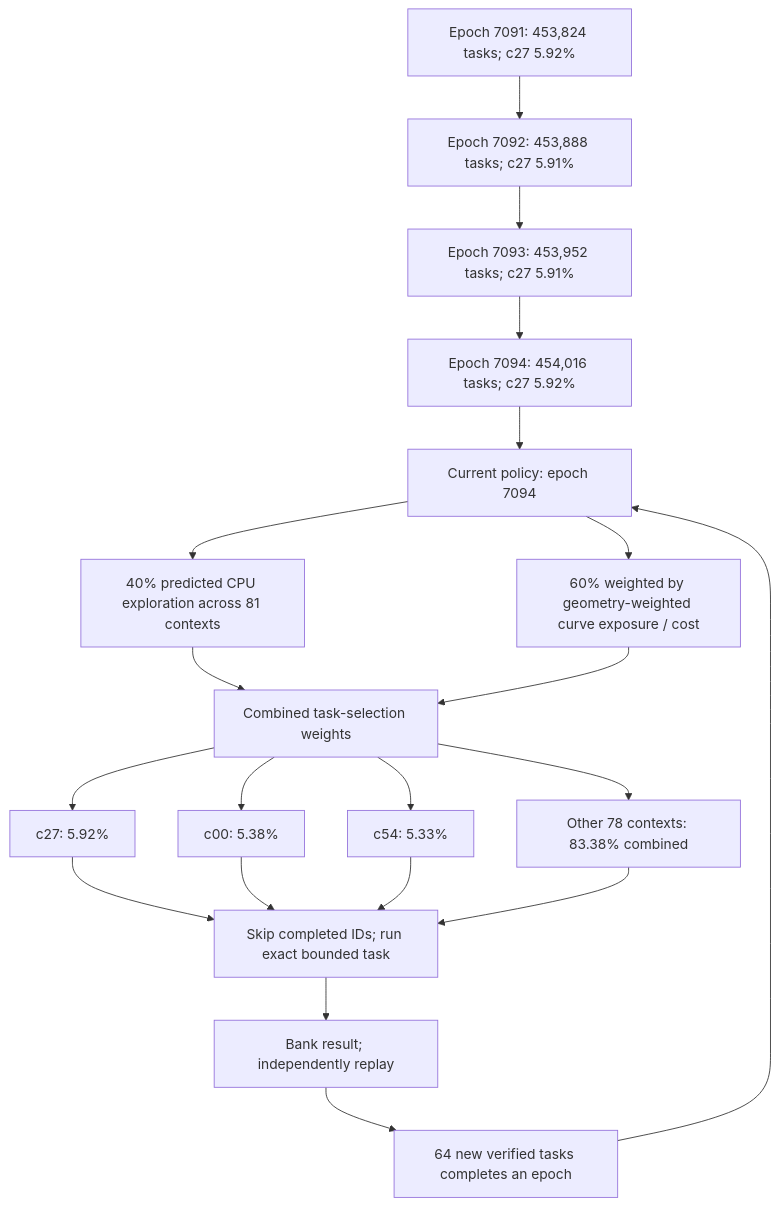
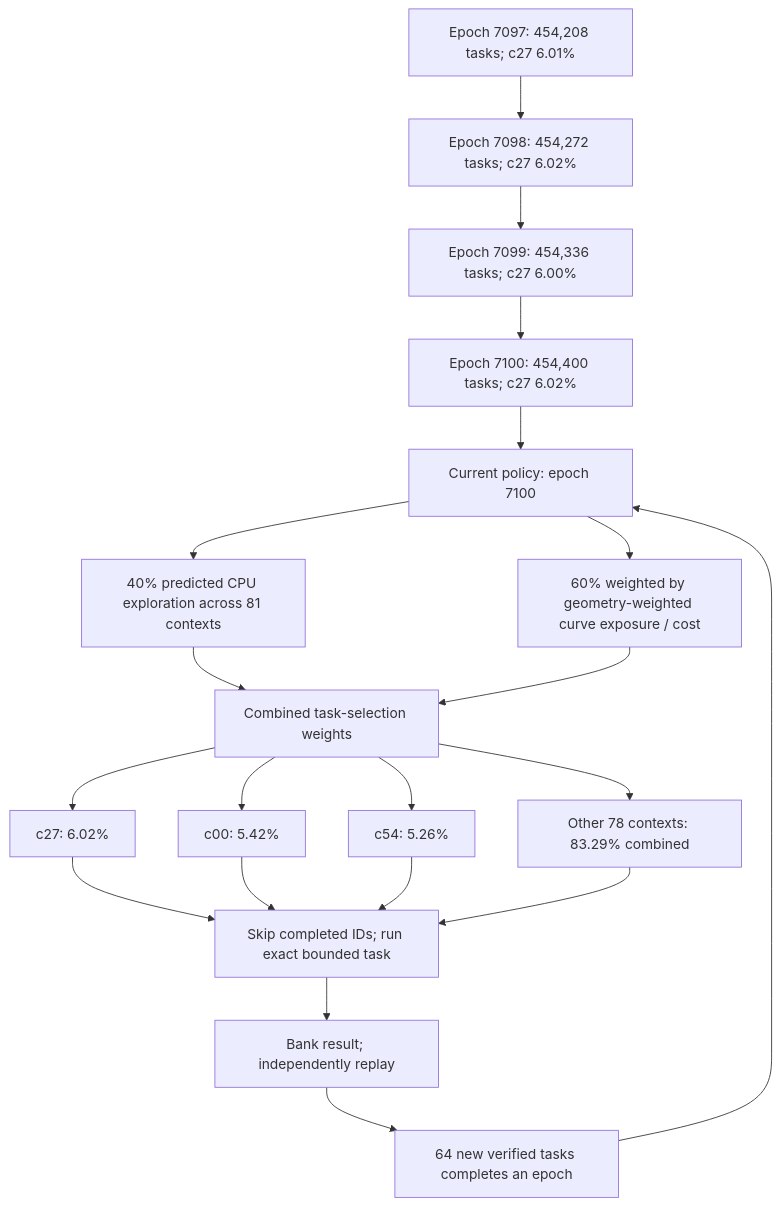
One commit to Kuberwastaken/math-gambling changed the first of 4 diagrams in README.md. Above: the diagram before and after it, drawn with Mermaid. The commit also changed other lines of this file and 1385 other files, not shown here.

````diff
--- a/README.md
+++ b/README.md
@@ -60,27 +60,27 @@
 ```mermaid
 flowchart TD
-    H0["Epoch 7091: 453,824 tasks; c27 5.92%"]
-    H1["Epoch 7092: 453,888 tasks; c27 5.91%"]
+    H0["Epoch 7097: 454,208 tasks; c27 6.01%"]
+    H1["Epoch 7098: 454,272 tasks; c27 6.02%"]
     H0 --> H1
-    H2["Epoch 7093: 453,952 tasks; c27 5.91%"]
+    H2["Epoch 7099: 454,336 tasks; c27 6.00%"]
     H1 --> H2
-    H3["Epoch 7094: 454,016 tasks; c27 5.92%"]
+    H3["Epoch 7100: 454,400 tasks; c27 6.02%"]
     H2 --> H3
-    Policy["Current policy: epoch 7094"]
+    Policy["Current policy: epoch 7100"]
     H3 --> Policy
     Policy --> Explore["40% predicted CPU exploration across 81 contexts"]
     Policy --> Cost["60% weighted by geometry-weighted curve exposure / cost"]
     Explore --> Mix["Combined task-selection weights"]
     Cost --> Mix
-    Mix --> C0["c27: 5.92%"]
-    Mix --> C1["c00: 5.38%"]
-    Mix --> C2["c54: 5.33%"]
-    Mix --> Rest["Other 78 contexts: 83.38% combined"]
+    Mix --> C0["c27: 6.02%"]
+    Mix --> C1["c00: 5.42%"]
+    Mix --> C2["c54: 5.26%"]
+    Mix --> Rest["Other 78 contexts: 83.29% combined"]
     C0 --> Check["Skip completed IDs; run exact bounded task"]
     C1 --> Check
     C2 --> Check
     Rest --> Check
     Check --> Replay["Bank result; independently replay"]
     Replay --> Gate["64 new verified tasks completes an epoch"]
     Gate --> Policy
 ```
````
